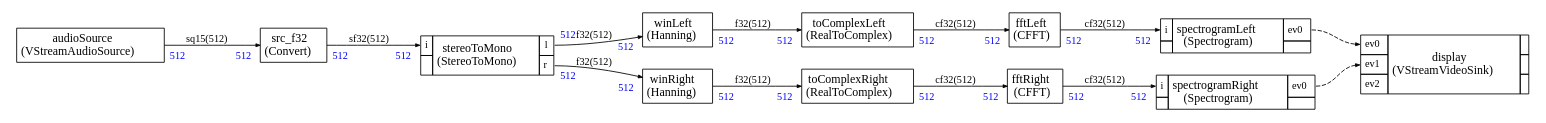
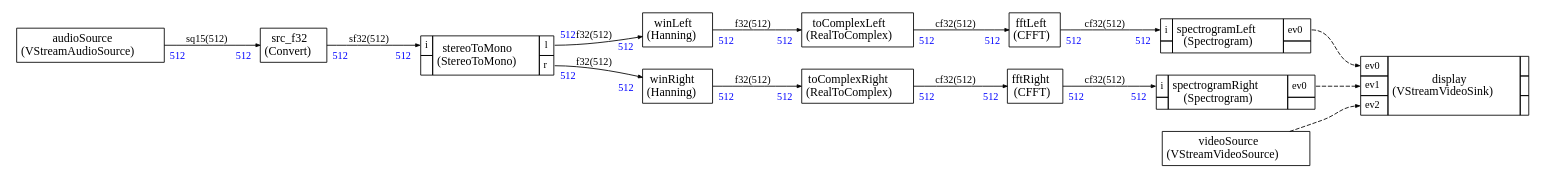
Before and after one commit to christophe0606/AlifAudioExample: the diagram in App_HE/stream/scheduler/graph.dot, drawn with Graphviz. The commit also changed 13 other files, not shown here.

```diff
--- a/App_HE/stream/scheduler/graph.dot
+++ b/App_HE/stream/scheduler/graph.dot
@@ -133,6 +133,13 @@
 
 </TABLE>>];
 
+videoSource [label=<
+<TABLE color="black" bgcolor="none" BORDER="0" CELLBORDER="1" CELLSPACING="0" CELLPADDING="4">
+  <TR>
+    <TD ALIGN="CENTER" PORT="i"><FONT COLOR="black" POINT-SIZE="14.0">videoSource<BR/>(VStreamVideoSource)</FONT></TD>
+  </TR>
+</TABLE>>];
+
 
 
 audioSource:i -> src_f32:i [style="solid",color="black",fontsize="12.0",fontcolor="black",label=<sq15(512)>
@@ -203,5 +210,8 @@
 spectrogramRight:0 -> display:1 [style="dashed",color="black",fontsize="12.0",fontcolor="black",label=<>
 
 ]
+videoSource:i -> display:2 [style="dashed",color="black",fontsize="12.0",fontcolor="black",label=<>
+
+]
 
 }
```
